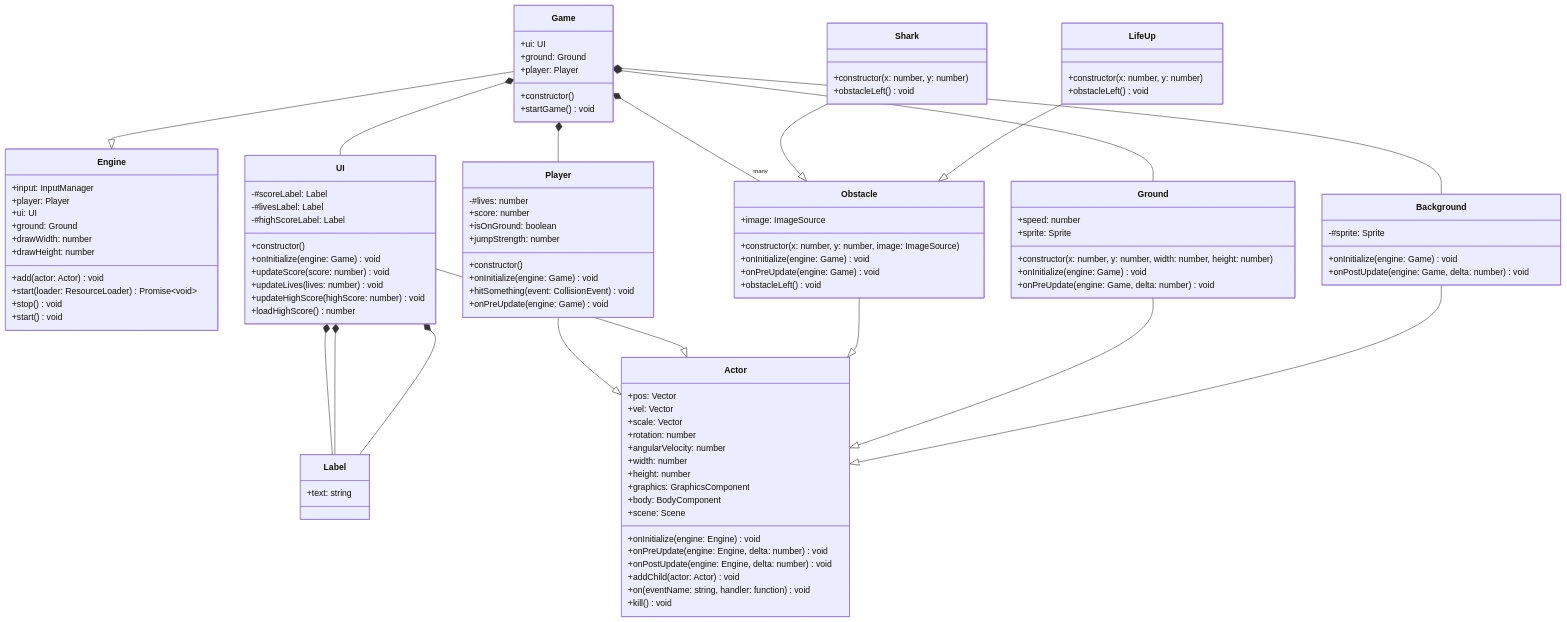
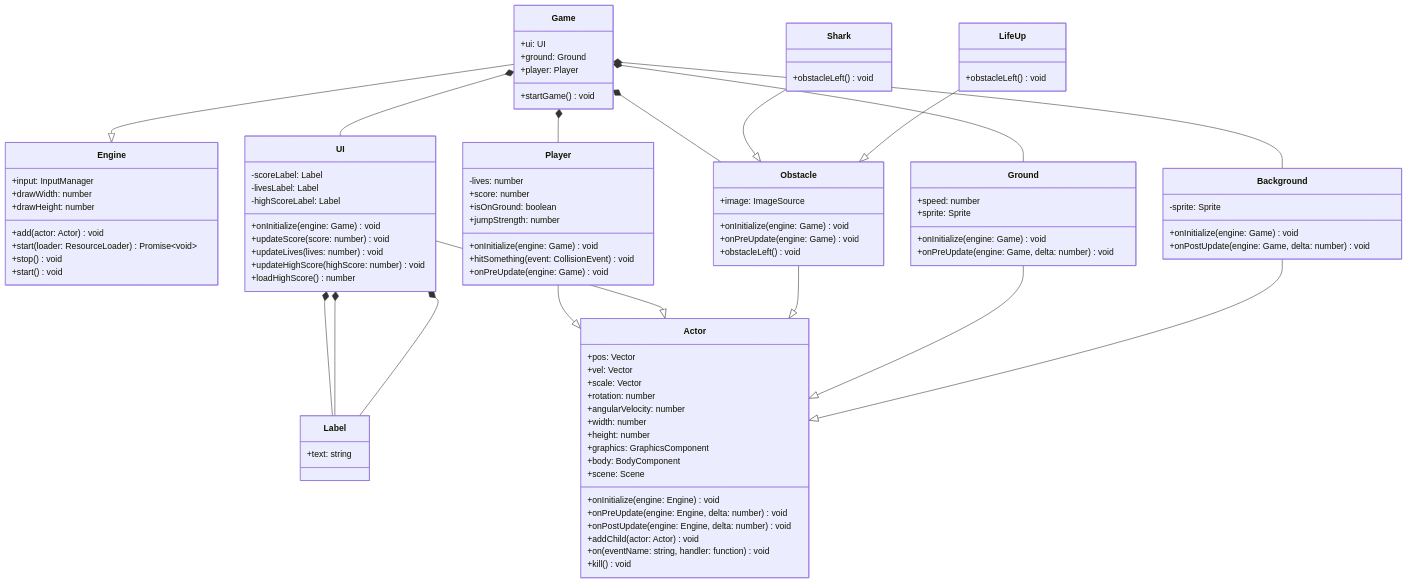
The diagram in README.md (BoorZuur/fast-fishy), drawn with Mermaid before and after one commit. The commit also changed 1 other file, not shown here.

Commit message:
rebuild game

```diff
--- a/README.md
+++ b/README.md
@@ -12,9 +12,6 @@
       +stop() void
       +start() void
       +input: InputManager
-      +player: Player
-      +ui: UI
-      +ground: Ground
       +drawWidth: number
       +drawHeight: number
     }
@@ -37,7 +34,6 @@
       +kill() void
     }
     class Label {
-      %% Excalibur Label (simplified)
       +text: string
     }
 
@@ -46,7 +42,7 @@
     Game *-- Ground
     Game *-- UI
     Game *-- Background
-    Game *-- "many" Obstacle
+    Game *-- Obstacle
 
     Player --|> Actor
 
@@ -69,26 +65,23 @@
       +ui: UI
       +ground: Ground
       +player: Player
-      +constructor()
       +startGame() void
     }
 
     class Player {
-      -#lives: number
+      -lives: number
       +score: number
       +isOnGround: boolean
       +jumpStrength: number
-      +constructor()
       +onInitialize(engine: Game) void
       +hitSomething(event: CollisionEvent) void
       +onPreUpdate(engine: Game) void
     }
 
     class UI {
-      -#scoreLabel: Label
-      -#livesLabel: Label
-      -#highScoreLabel: Label
-      +constructor()
+      -scoreLabel: Label
+      -livesLabel: Label
+      -highScoreLabel: Label
       +onInitialize(engine: Game) void
       +updateScore(score: number) void
       +updateLives(lives: number) void
@@ -98,32 +91,28 @@
 
     class Obstacle {
       +image: ImageSource
-      +constructor(x: number, y: number, image: ImageSource)
       +onInitialize(engine: Game) void
       +onPreUpdate(engine: Game) void
       +obstacleLeft() void
     }
 
     class Shark {
-      +constructor(x: number, y: number)
       +obstacleLeft() void
     }
 
     class LifeUp {
-      +constructor(x: number, y: number)
       +obstacleLeft() void
     }
 
     class Ground {
       +speed: number
       +sprite: Sprite
-      +constructor(x: number, y: number, width: number, height: number)
       +onInitialize(engine: Game) void
       +onPreUpdate(engine: Game, delta: number) void
     }
 
     class Background {
-      -#sprite: Sprite
+      -sprite: Sprite
       +onInitialize(engine: Game) void
       +onPostUpdate(engine: Game, delta: number) void
     }
```
